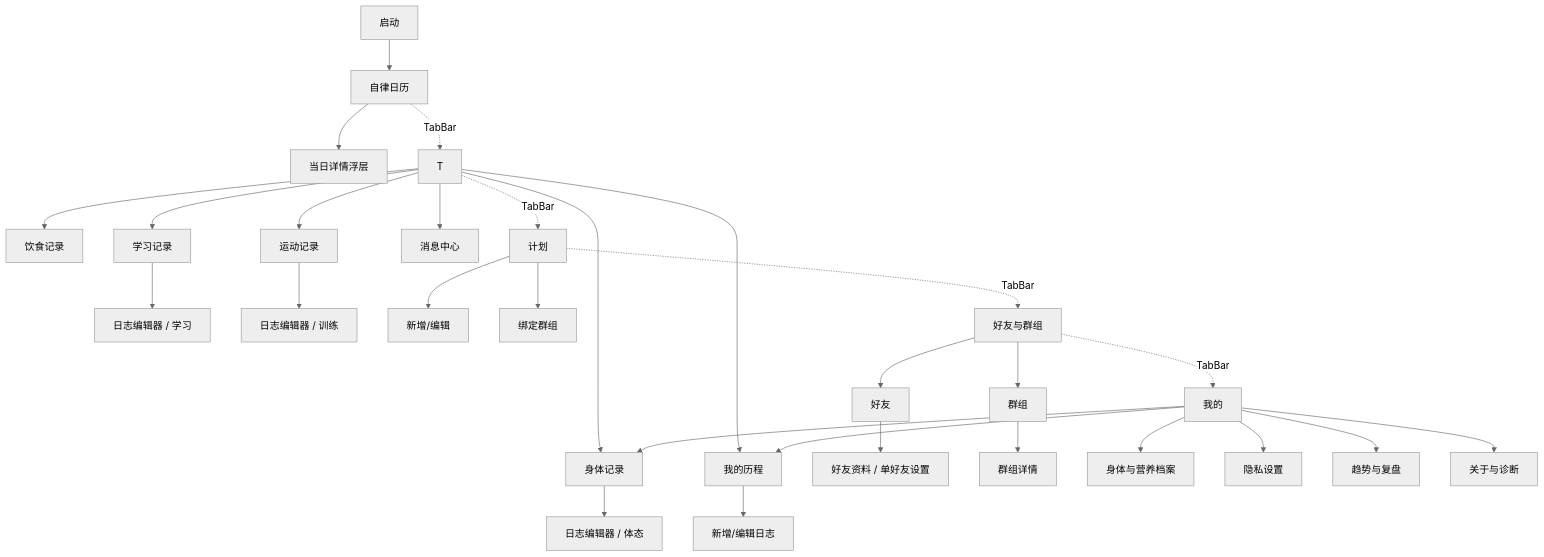
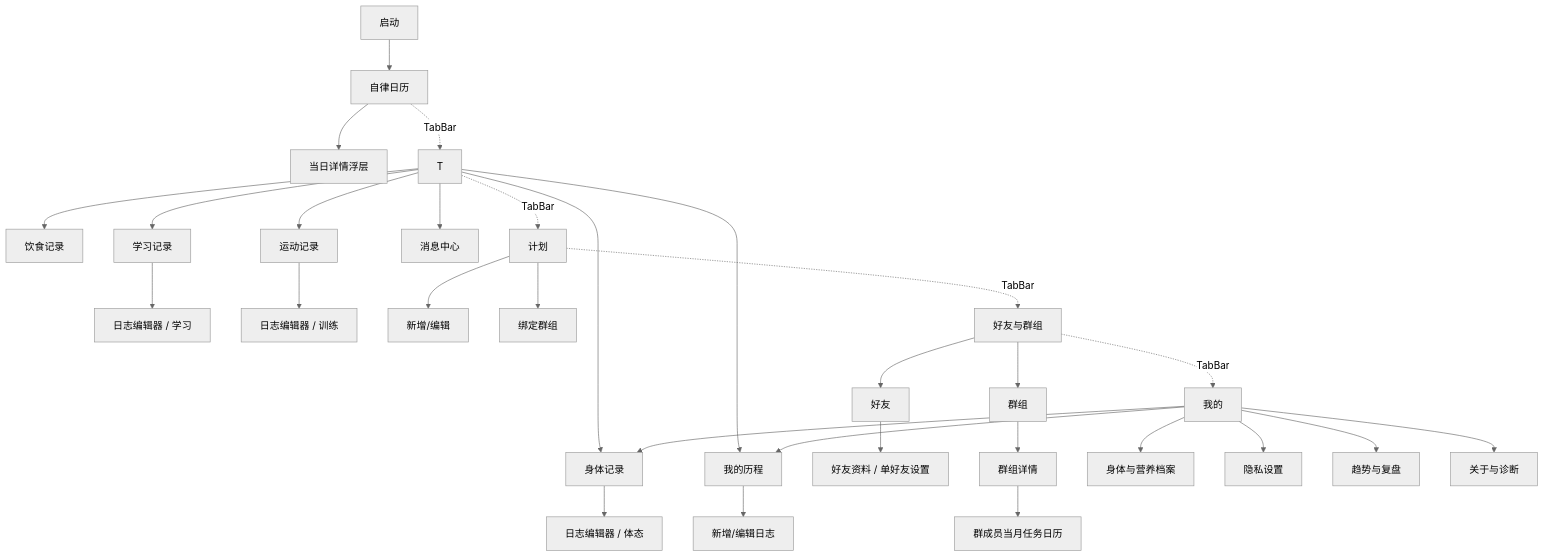
One commit to duohekaishui1127/zilv changed the diagram in docs/NAVIGATION.md. Above: the diagram before and after it, drawn with Mermaid (neutral theme). The commit also changed 36 other files, not shown here.

````diff
--- a/docs/NAVIGATION.md
+++ b/docs/NAVIGATION.md
@@ -3,36 +3,37 @@
 ```mermaid
 flowchart TD
     A[启动] --> CA[自律日历]
     CA --> CD[当日详情浮层]
     T --> B[身体记录]
     T --> F[饮食记录]
     T --> W[运动记录]
     T --> S[学习记录]
     T --> N[我的历程]
     T --> NT[消息中心]
 
     B --> NE[日志编辑器 / 体态]
     S --> NE2[日志编辑器 / 学习]
     W --> NE3[日志编辑器 / 训练]
     N --> NE4[新增/编辑日志]
 
     P[计划] --> PE[新增/编辑]
     P --> PB[绑定群组]
 
     C[好友与群组] --> CF[好友]
     CF --> CFD[好友资料 / 单好友设置]
     C --> CG[群组]
     CG --> GD[群组详情]
+    GD --> GM[群成员当月任务日历]
 
     M[我的] --> MP[身体与营养档案]
     M --> B
     M --> PR[隐私设置]
     M --> N
     M --> WR[趋势与复盘]
     M --> AB[关于与诊断]
 
     CA -.TabBar.-> T
     T -.TabBar.-> P
     P -.TabBar.-> C
     C -.TabBar.-> M
 ```
````
